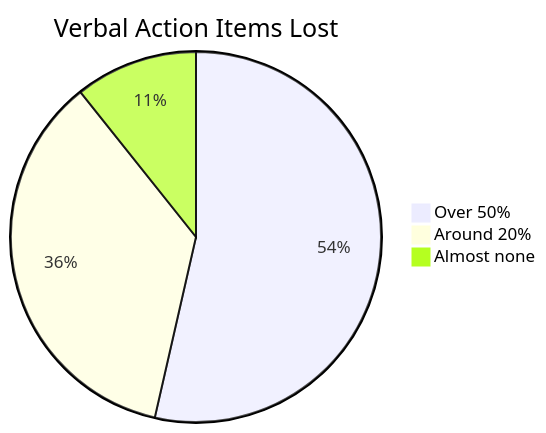
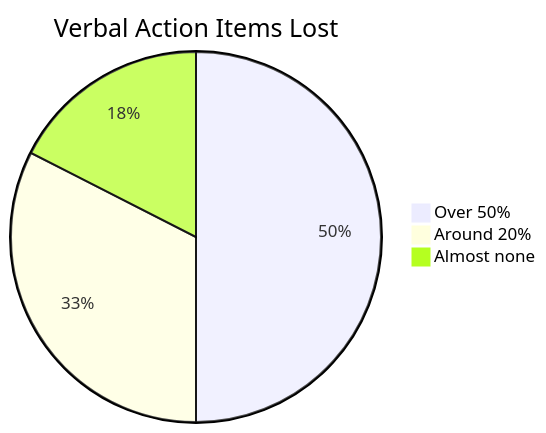
One commit to TheAyoosh/MeetScribe-AI changed the third of 6 diagrams in documents/customer-interview-record.md. Above: the diagram before and after it, drawn with Mermaid. The commit also changed other lines of this file and 3 other files, not shown here.

````diff
--- a/documents/customer-interview-record.md
+++ b/documents/customer-interview-record.md
@@ -49,6 +49,6 @@
 ```mermaid
 pie title Verbal Action Items Lost
-    "Over 50%" : 15
-    "Around 20%" : 10
-    "Almost none" : 3
+    "Over 50%" : 20
+    "Around 20%" : 13
+    "Almost none" : 7
 ```
````
